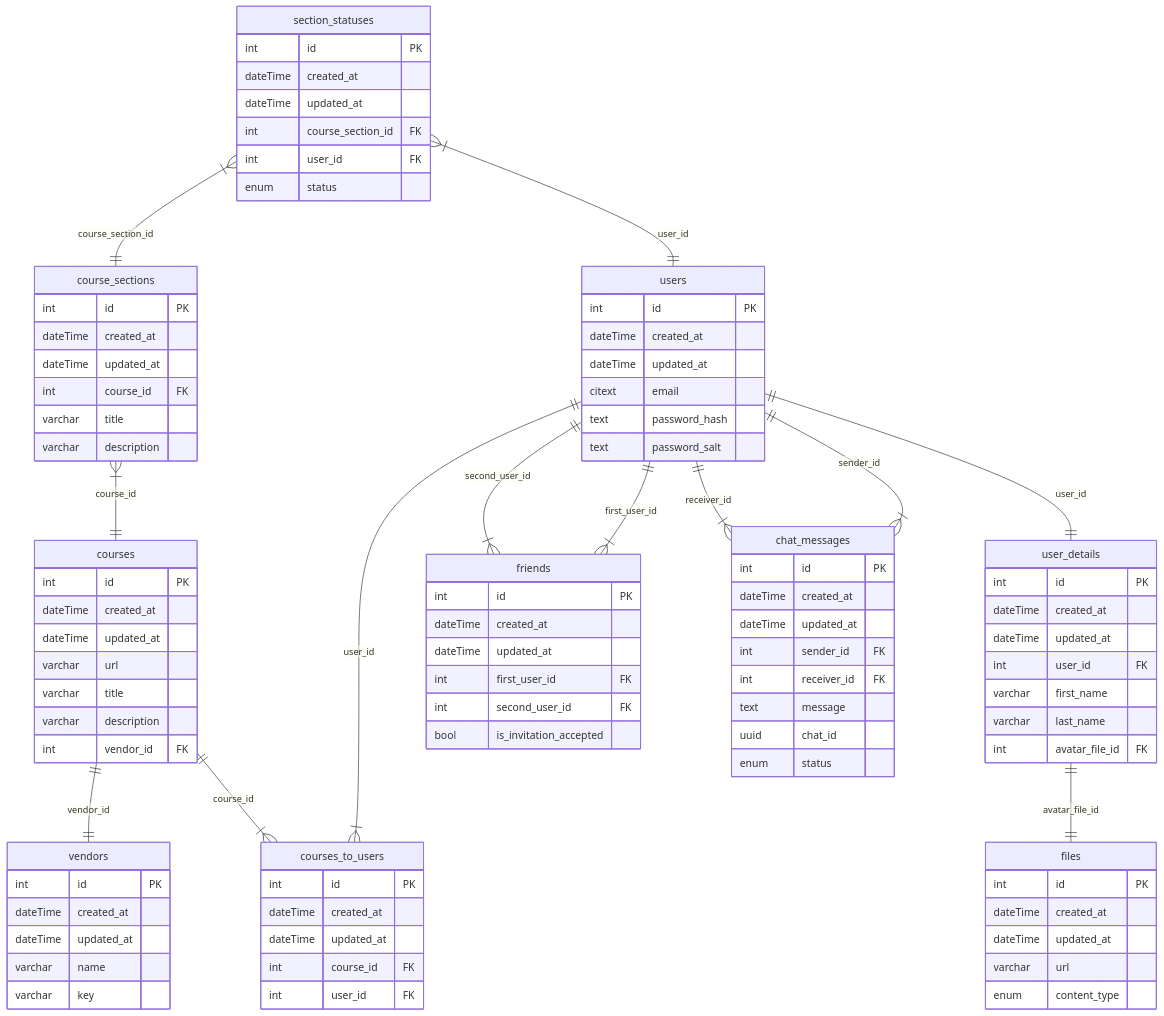
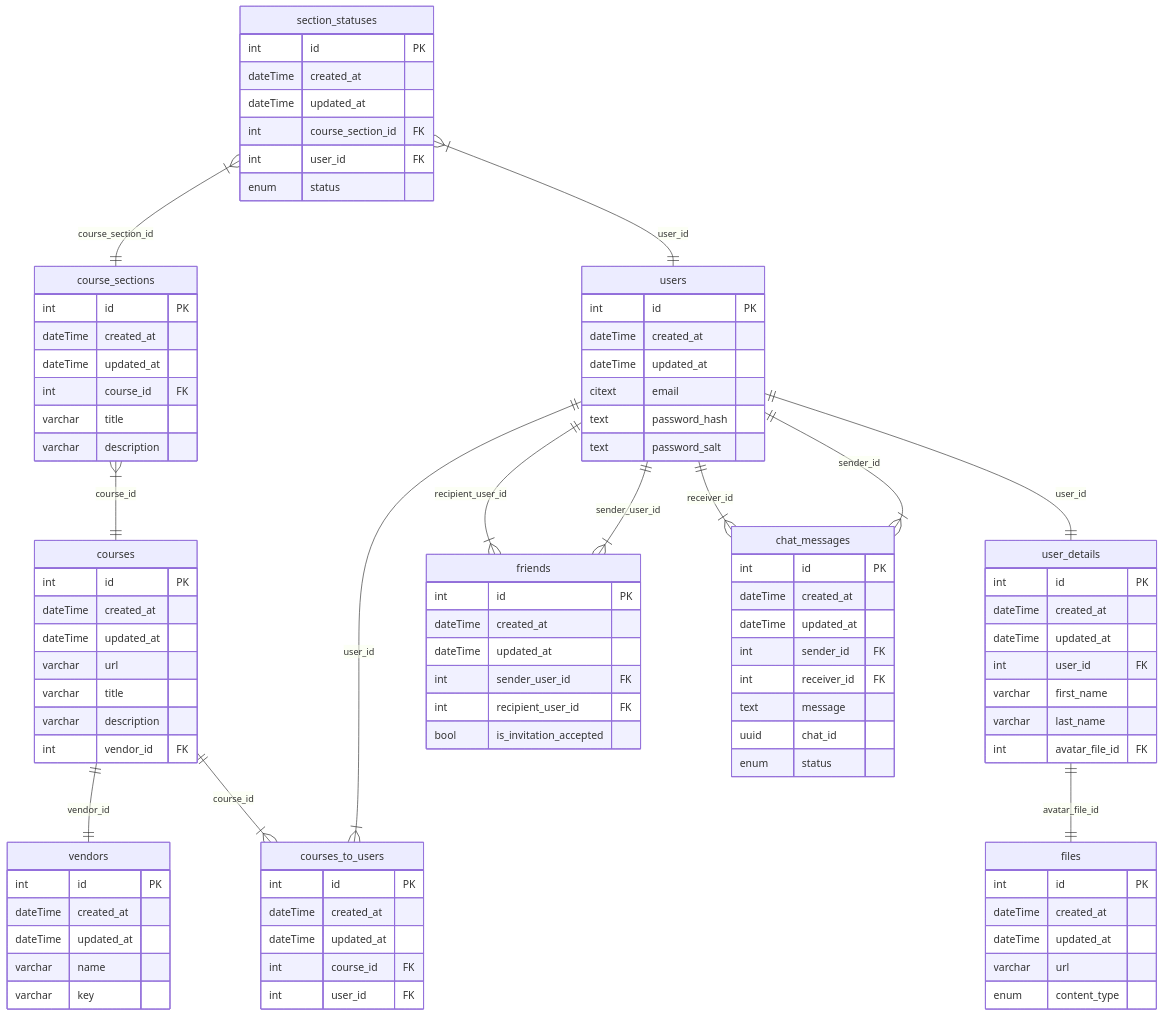
The diagram in readme.md (BinaryStudioAcademy/bsa-winter-2023-2024-trackmates), drawn with Mermaid before and after one commit.

Commit message:
fix: fix schema in readme tm-39

```diff
--- a/readme.md
+++ b/readme.md
@@ -92,8 +92,8 @@
     int id PK
     dateTime created_at
     dateTime updated_at
-    int first_user_id FK
-    int second_user_id FK
+    int sender_user_id FK
+    int recipient_user_id FK
     bool is_invitation_accepted
    }
 
@@ -119,8 +119,8 @@
    users ||--|| user_details : user_id
    user_details ||--|| files : avatar_file_id
 
-   users ||--|{ friends : first_user_id
-   users ||--|{ friends : second_user_id
+   users ||--|{ friends : sender_user_id
+   users ||--|{ friends : recipient_user_id
 
    users ||--|{ chat_messages : sender_id
    users ||--|{ chat_messages : receiver_id
```
